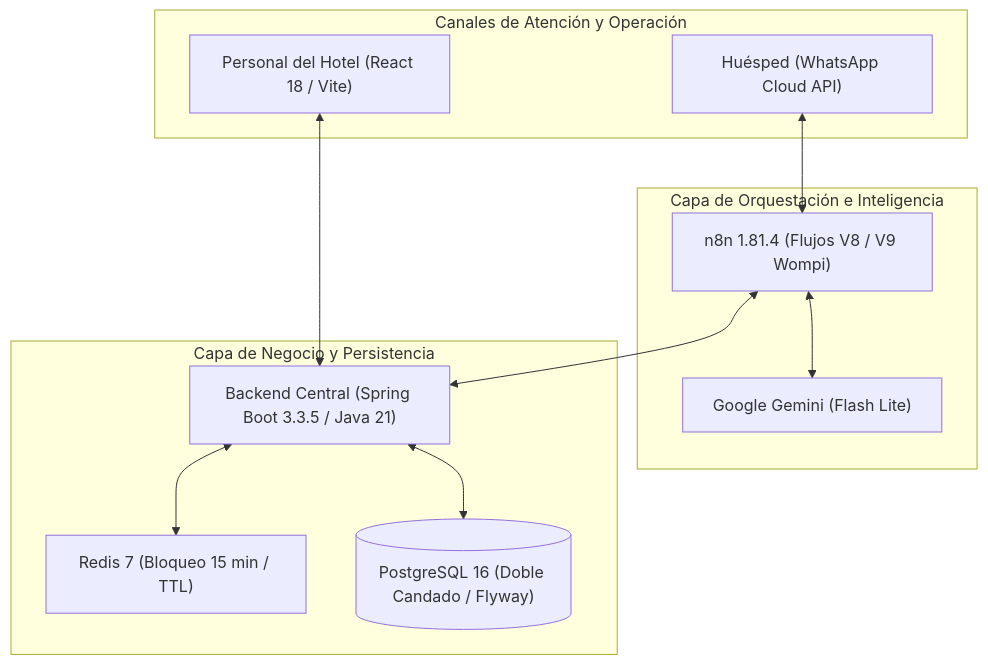
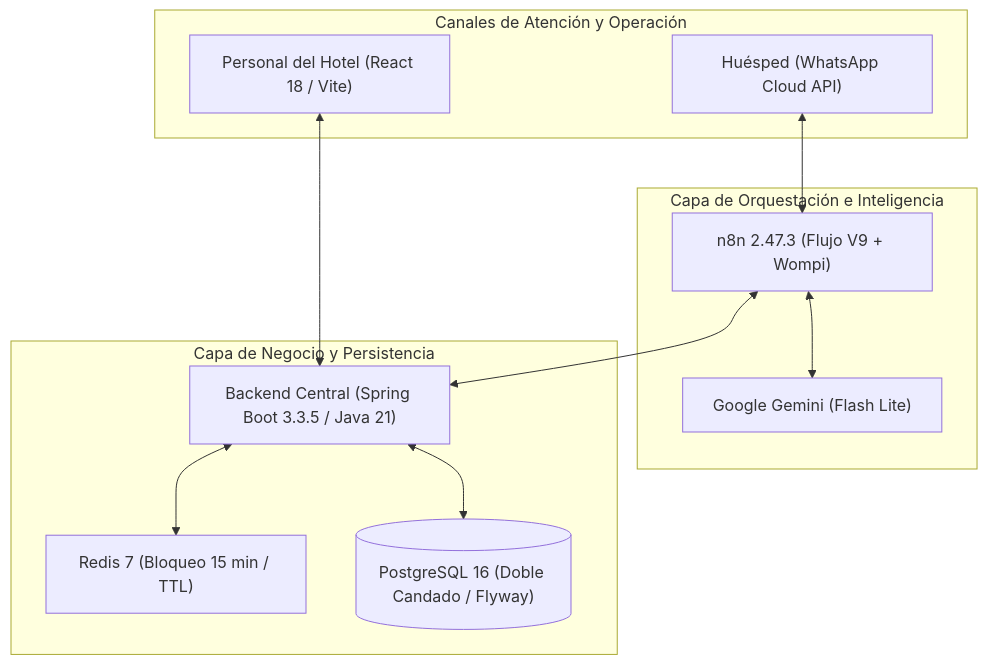
One commit to JuanJarias/SatoriPMS changed the diagram in README.md. Above: the diagram before and after it, drawn with Mermaid. The commit also changed other lines of this file and 9 other files, not shown here.

````diff
--- a/README.md
+++ b/README.md
@@ -82,25 +82,25 @@
 ```mermaid
 flowchart TB
     subgraph Canales["Canales de Atención y Operación"]
         WA["Huésped (WhatsApp Cloud API)"]
         WEB["Personal del Hotel (React 18 / Vite)"]
     end
 
     subgraph Orquestacion["Capa de Orquestación e Inteligencia"]
-        N8N["n8n 1.81.4 (Flujos V8 / V9 Wompi)"]
+        N8N["n8n 2.47.3 (Flujo V9 + Wompi)"]
         AI["Google Gemini (Flash Lite)"]
         N8N <--> AI
     end
 
     subgraph Backend["Capa de Negocio y Persistencia"]
         API["Backend Central (Spring Boot 3.3.5 / Java 21)"]
         REDIS["Redis 7 (Bloqueo 15 min / TTL)"]
         DB[("PostgreSQL 16 (Doble Candado / Flyway)")]
     end
 
     WA <--> N8N
     N8N <--> API
     WEB <--> API
     API <--> REDIS
     API <--> DB
 ```
````
